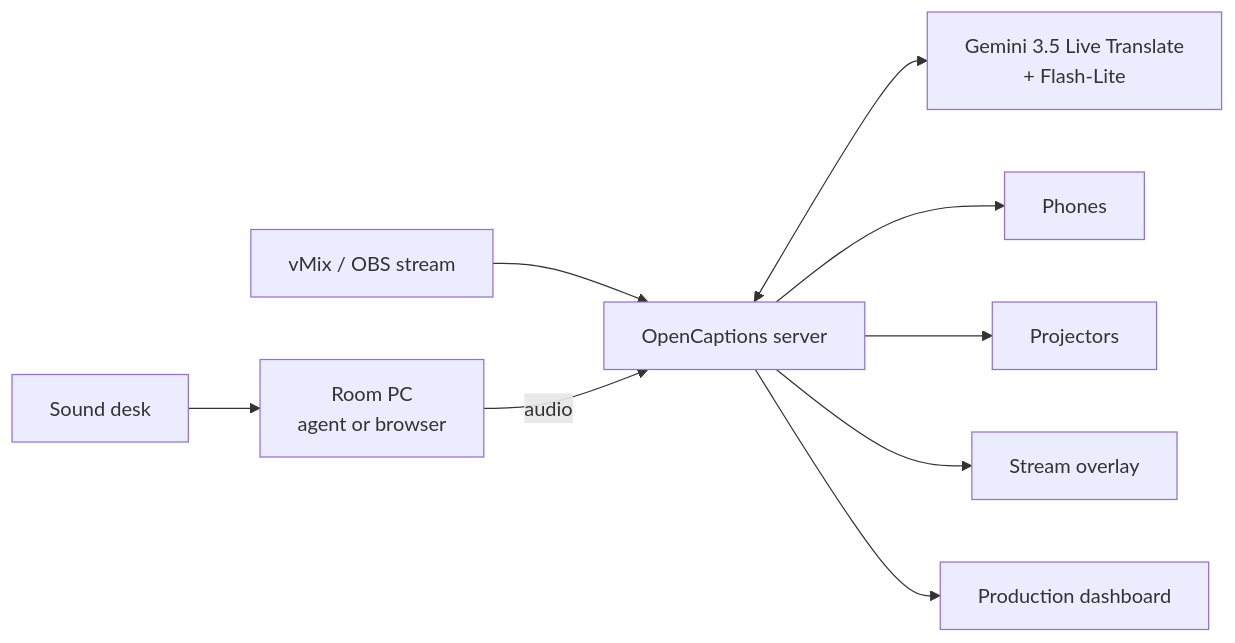
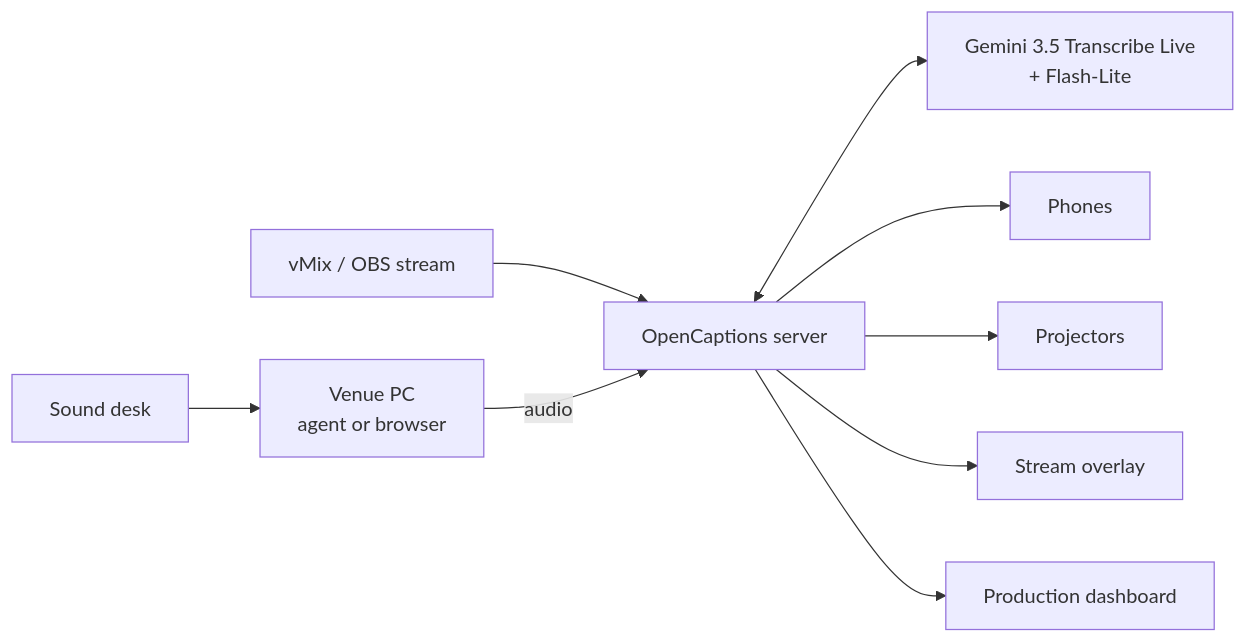
One commit to carraroesteban/opencaptions changed the diagram in docs/overview.md. Above: the diagram before and after it, drawn with Mermaid. The commit also changed other lines of this file and 108 other files, not shown here.

````diff
--- a/docs/overview.md
+++ b/docs/overview.md
@@ -35,11 +35,11 @@
 ```mermaid
 flowchart LR
-  D[Sound desk] --> A[Room PC<br/>agent or browser]
+  D[Sound desk] --> A[Venue PC<br/>agent or browser]
   V[vMix / OBS stream] --> S
   A -- audio --> S[OpenCaptions server]
-  S <--> G[Gemini 3.5 Live Translate<br/>+ Flash-Lite]
+  S <--> G[Gemini 3.5 Transcribe Live<br/>+ Flash-Lite]
   S --> P[Phones]
   S --> R[Projectors]
   S --> O[Stream overlay]
   S --> M[Production dashboard]
 ```
````
